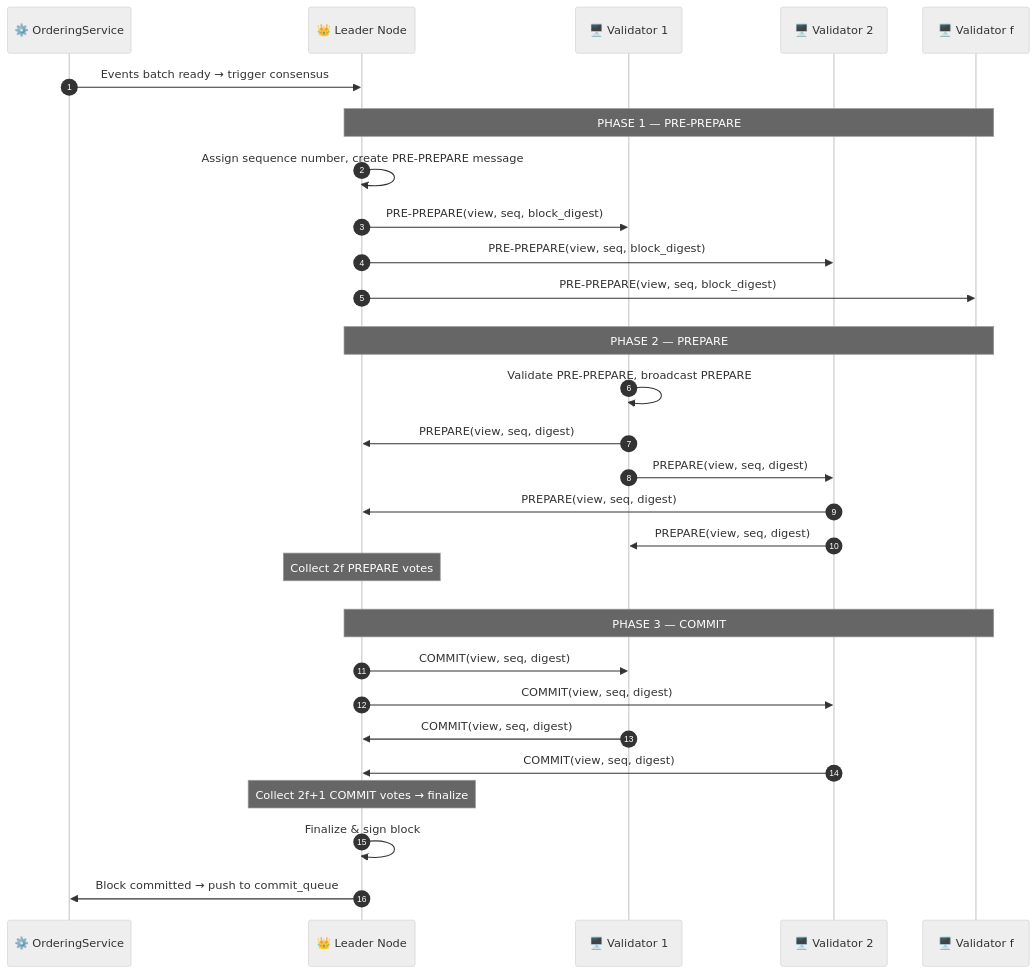
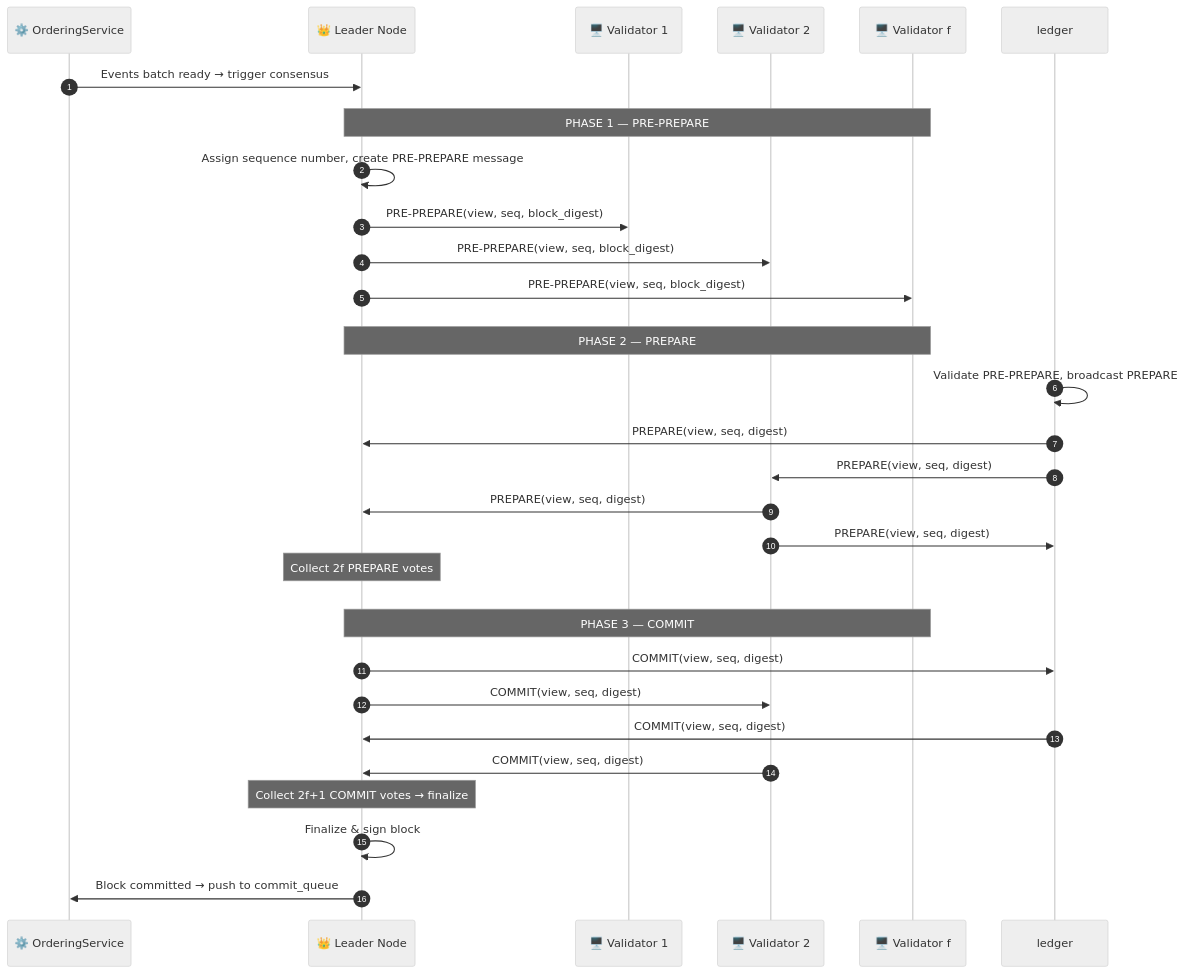
The first of 2 diagrams in docs/en/workflows/bft-consensus.md (VanDung-dev/HieraChain), drawn with Mermaid (neutral theme) before and after one commit. The commit also changed other lines of this file and 68 other files, not shown here.

````diff
--- a/docs/en/workflows/bft-consensus.md
+++ b/docs/en/workflows/bft-consensus.md
@@ -21,40 +21,40 @@
 ```mermaid
 sequenceDiagram
     autonumber
     participant OS as ⚙️ OrderingService
     participant L as 👑 Leader Node
-    participant V1 as 🖥️ Validator 1
-    participant V2 as 🖥️ Validator 2
+    participant admin as 🖥️ Validator 1
+    participant business as 🖥️ Validator 2
     participant Vf as 🖥️ Validator f
 
     OS->>L: Events batch ready → trigger consensus
 
     rect rgb(0, 0, 0, 0)
         Note over L,Vf: PHASE 1 — PRE-PREPARE
         L->>L: Assign sequence number, create PRE-PREPARE message
-        L->>V1: PRE-PREPARE(view, seq, block_digest)
-        L->>V2: PRE-PREPARE(view, seq, block_digest)
+        L->>admin: PRE-PREPARE(view, seq, block_digest)
+        L->>business: PRE-PREPARE(view, seq, block_digest)
         L->>Vf: PRE-PREPARE(view, seq, block_digest)
     end
 
     rect rgb(0, 0, 0, 0)
         Note over L,Vf: PHASE 2 — PREPARE
-        V1->>V1: Validate PRE-PREPARE, broadcast PREPARE
-        V1->>L: PREPARE(view, seq, digest)
-        V1->>V2: PREPARE(view, seq, digest)
-        V2->>L: PREPARE(view, seq, digest)
-        V2->>V1: PREPARE(view, seq, digest)
+        ledger->>ledger: Validate PRE-PREPARE, broadcast PREPARE
+        ledger->>L: PREPARE(view, seq, digest)
+        ledger->>business: PREPARE(view, seq, digest)
+        business->>L: PREPARE(view, seq, digest)
+        business->>ledger: PREPARE(view, seq, digest)
         Note over L: Collect 2f PREPARE votes
     end
 
     rect rgb(0, 0, 0, 0)
         Note over L,Vf: PHASE 3 — COMMIT
-        L->>V1: COMMIT(view, seq, digest)
-        L->>V2: COMMIT(view, seq, digest)
-        V1->>L: COMMIT(view, seq, digest)
-        V2->>L: COMMIT(view, seq, digest)
+        L->>ledger: COMMIT(view, seq, digest)
+        L->>business: COMMIT(view, seq, digest)
+        ledger->>L: COMMIT(view, seq, digest)
+        business->>L: COMMIT(view, seq, digest)
         Note over L: Collect 2f+1 COMMIT votes → finalize
         L->>L: Finalize & sign block
         L->>OS: Block committed → push to commit_queue
     end
 ```
````
